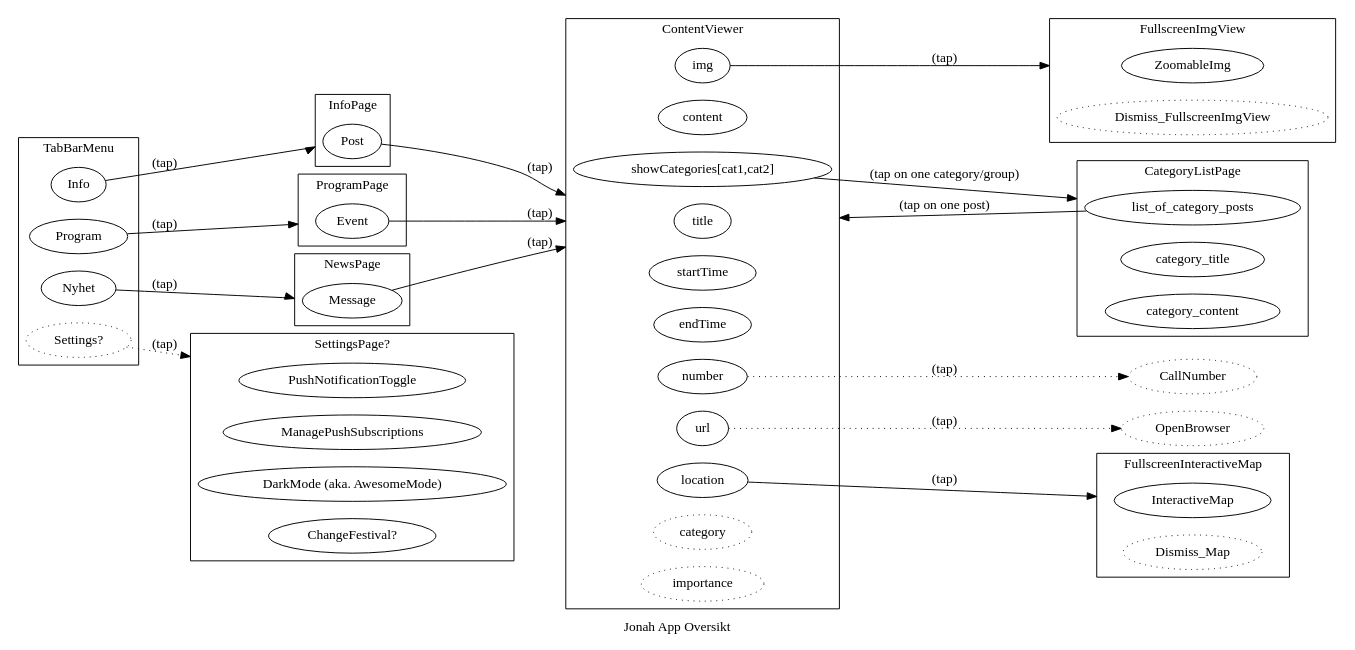
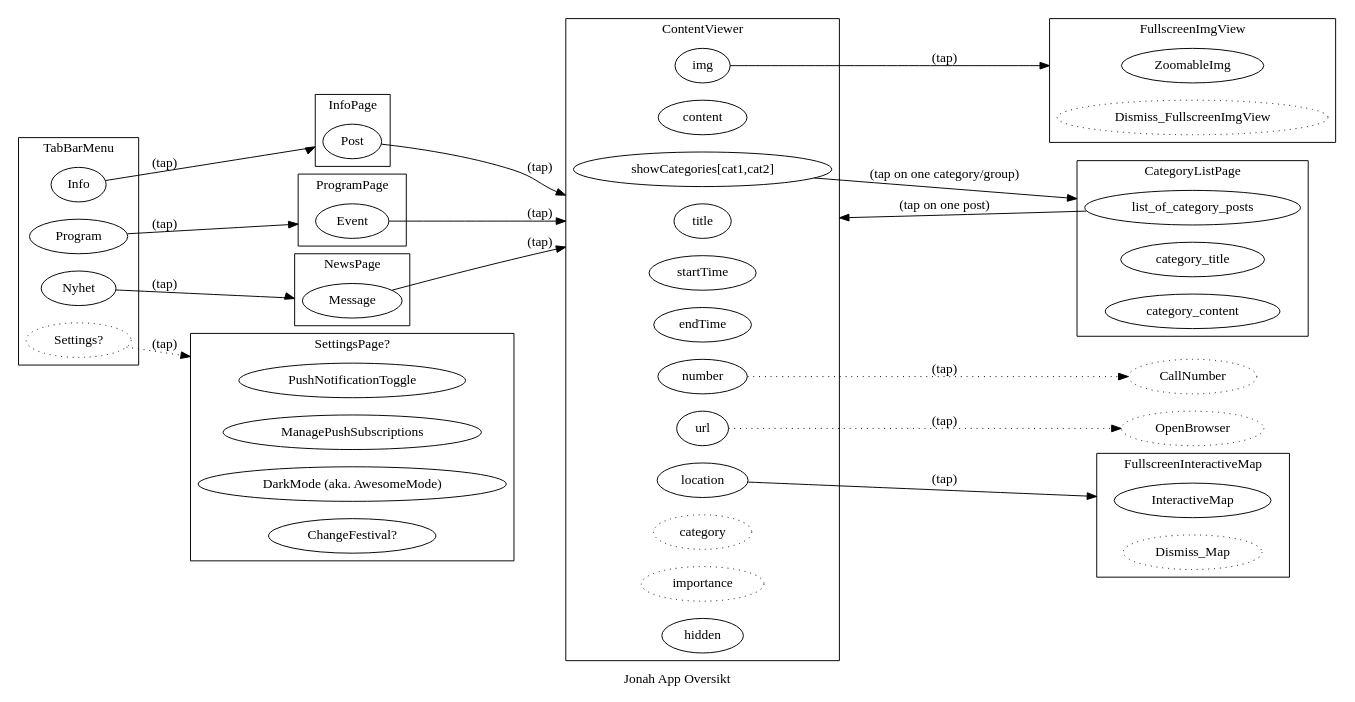
One commit to kodekameratene/Oase changed the diagram in app-overview.dot. Above: the diagram before and after it, drawn with Graphviz. The commit also changed 4 other files, not shown here.

```diff
--- a/app-overview.dot
+++ b/app-overview.dot
@@ -1,85 +1,86 @@
 digraph jonah {
     label = "Jonah App Oversikt" 
     rankdir=LR 
     compound=true
     subgraph cluster_menu{
         label = TabBarMenu
         Info
         Program
         Nyhet
         "Settings?"[style=dotted]
     } 
     Info->Post[lhead=cluster_InfoPage,label="(tap)"];
     Program->Event[lhead=cluster_ProgramPage,label="(tap)"]
     Nyhet->Message[lhead=cluster_NewsPage,label="(tap)"]
     "Settings?"-> PushNotificationToggle[lhead=cluster_SettingsPage,label="(tap)",style=dotted]
   
     subgraph cluster_NewsPage{
         label=NewsPage
         Message
     }
     Message->title[lhead=cluster_ContentViewer,label="(tap)"]
 
     subgraph cluster_ProgramPage{
         label=ProgramPage
         Event
     }
     Event->title[lhead=cluster_ContentViewer,label="(tap)"]
     
     subgraph cluster_InfoPage{
         label=InfoPage
         Post
     }
     Post->title[lhead=cluster_ContentViewer,label="(tap)"]
 
     subgraph cluster_ContentViewer{
         label = ContentViewer
         title
         content
         img
         "showCategories[cat1,cat2]"
         startTime
         endTime
         number
         url
         location
         category[style=dotted]
         importance[style=dotted]
+        hidden
     }
     number -> CallNumber[style=dotted,label="(tap)"]
     CallNumber[style=dotted]
     url -> OpenBrowser[style=dotted,label="(tap)"]
     OpenBrowser[style=dotted]
     location -> InteractiveMap[lhead=cluster_FullscreenInteractiveMap,label="(tap)"]
     img -> ZoomableImg[lhead=cluster_FullscreenImgView,label="(tap)"]
     "showCategories[cat1,cat2]"-> list_of_category_posts[lhead=cluster_CategoryListPage,label="(tap on one category/group)"]
     
     subgraph cluster_FullscreenImgView{
         label = "FullscreenImgView"
         ZoomableImg
         Dismiss_FullscreenImgView[style=dotted]
     }
     
     subgraph cluster_FullscreenInteractiveMap{
         label = "FullscreenInteractiveMap"
         InteractiveMap
         Dismiss_Map[style=dotted]
     }
 
     subgraph cluster_SettingsPage{
         label="SettingsPage?"
         PushNotificationToggle
         ManagePushSubscriptions
         "DarkMode (aka. AwesomeMode)"
         "ChangeFestival?"
     }
 
     subgraph cluster_CategoryListPage{
         label="CategoryListPage"
         category_title
         category_content
         list_of_category_posts
     }
     list_of_category_posts->title[lhead=cluster_ContentViewer,label="(tap on one post)"]
 
 }
```
